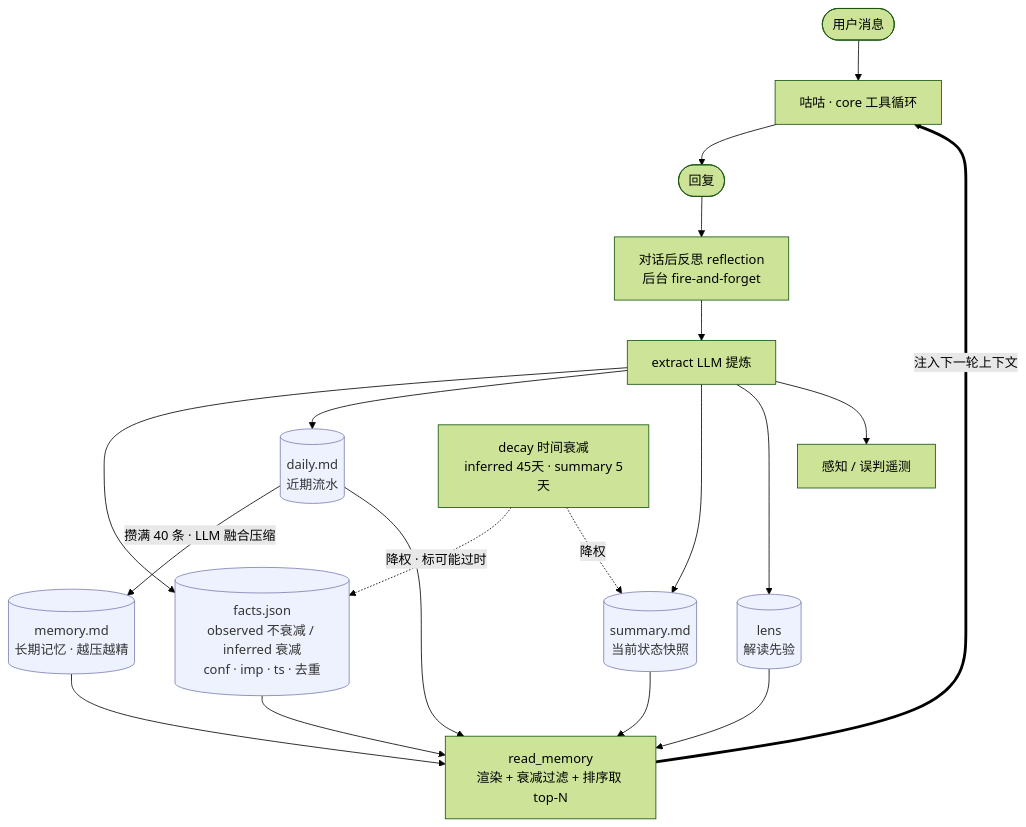
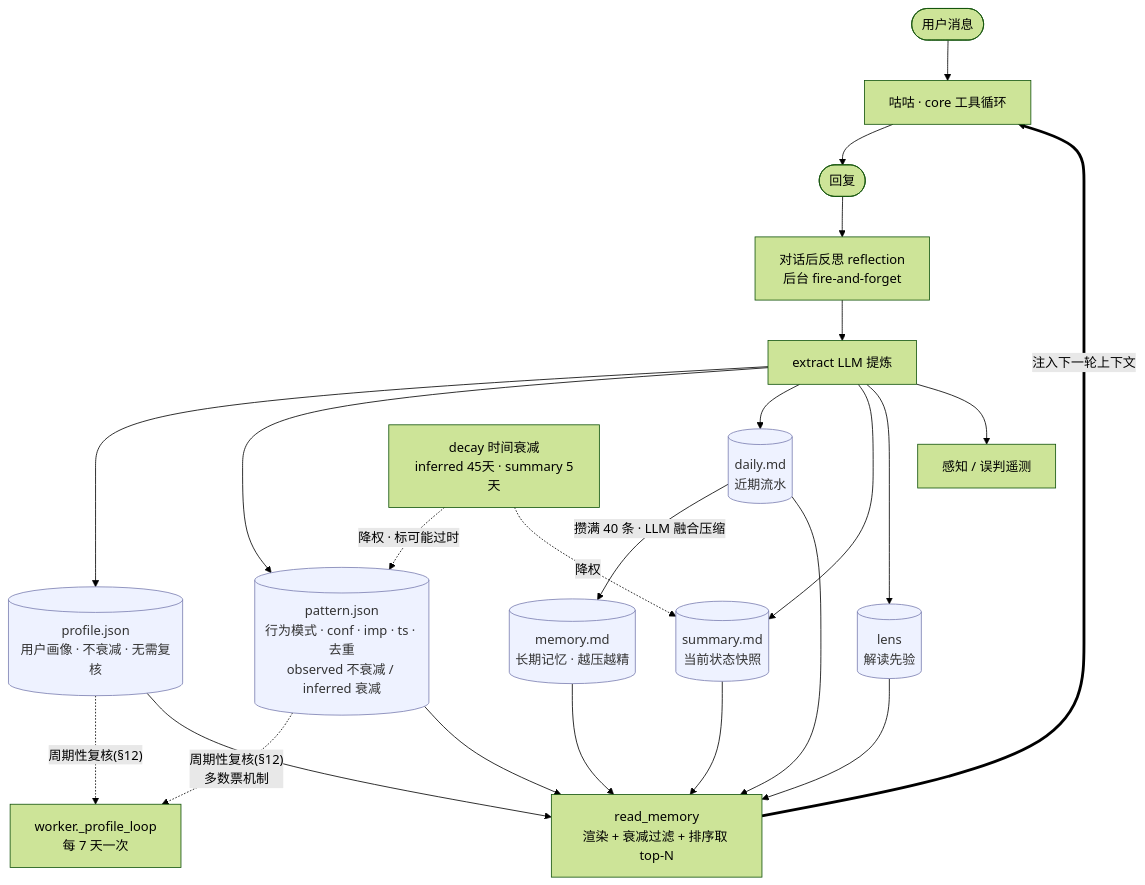
One commit to Coffeiz/Gugu-web changed the first of 2 diagrams in docs/agent/11-记忆系统.md. Above: the diagram before and after it, drawn with Mermaid (forest theme). The commit also changed other lines of this file and 20 other files, not shown here.

First line of the commit message:
refactor(memory): 拆分 facts.json 为 profile.json + pattern.json

````diff
--- a/docs/agent/11-记忆系统.md
+++ b/docs/agent/11-记忆系统.md
@@ -24,27 +24,31 @@
 ```mermaid
 flowchart TB
     U([用户消息]) --> BRAIN[咕咕 · core 工具循环]
     BRAIN --> REPLY([回复])
     READ[read_memory<br/>渲染 + 衰减过滤 + 排序取 top-N] == 注入下一轮上下文 ==> BRAIN
 
     REPLY --> REF[对话后反思 reflection<br/>后台 fire-and-forget]
     REF --> EX[extract LLM 提炼]
-    EX --> FACTS[(facts.json<br/>observed 不衰减 / inferred 衰减<br/>conf · imp · ts · 去重)]
+    EX --> PROFILE[(profile.json<br/>用户画像 · 不衰减 · 无需复核)]
+    EX --> PATTERN[(pattern.json<br/>行为模式 · conf · imp · ts · 去重<br/>observed 不衰减 / inferred 衰减)]
     EX --> DAILY[(daily.md<br/>近期流水)]
     EX --> SUM[(summary.md<br/>当前状态快照)]
     EX --> LENS[(lens<br/>解读先验)]
     EX --> PERC[感知 / 误判遥测]
 
     DAILY -- 攒满 40 条 · LLM 融合压缩 --> MEM[(memory.md<br/>长期记忆 · 越压越精)]
-    DECAY[decay 时间衰减<br/>inferred 45天 · summary 5天] -. 降权 · 标可能过时 .-> FACTS
+    PROFILE -. 周期性复核(§12) .-> PERIODIC[worker._profile_loop<br/>每 7 天一次]
+    PATTERN -. 周期性复核(§12)<br/>多数票机制 .-> PERIODIC
+    DECAY[decay 时间衰减<br/>inferred 45天 · summary 5天] -. 降权 · 标可能过时 .-> PATTERN
     DECAY -. 降权 .-> SUM
 
-    FACTS --> READ
+    PROFILE --> READ
+    PATTERN --> READ
     MEM --> READ
     DAILY --> READ
     SUM --> READ
     LENS --> READ
 
     classDef store fill:#eef2ff,stroke:#7b7fb2,color:#333;
-    class FACTS,DAILY,MEM,SUM,LENS store;
+    class PROFILE,PATTERN,DAILY,MEM,SUM,LENS store;
 ```
````
